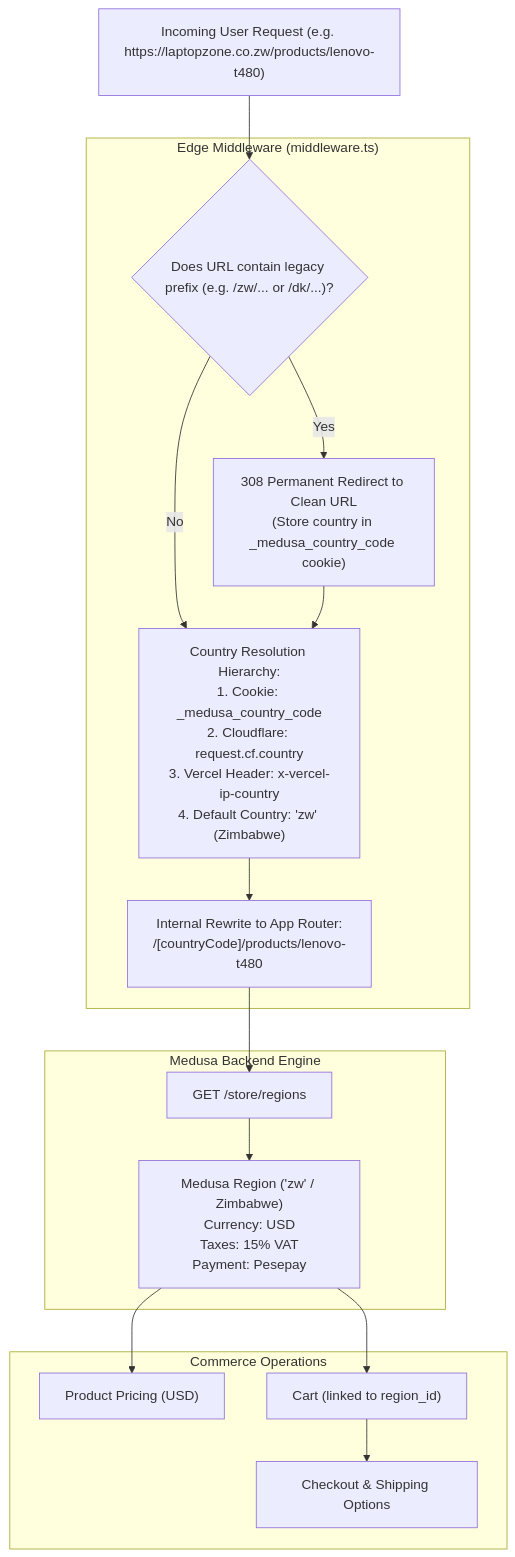
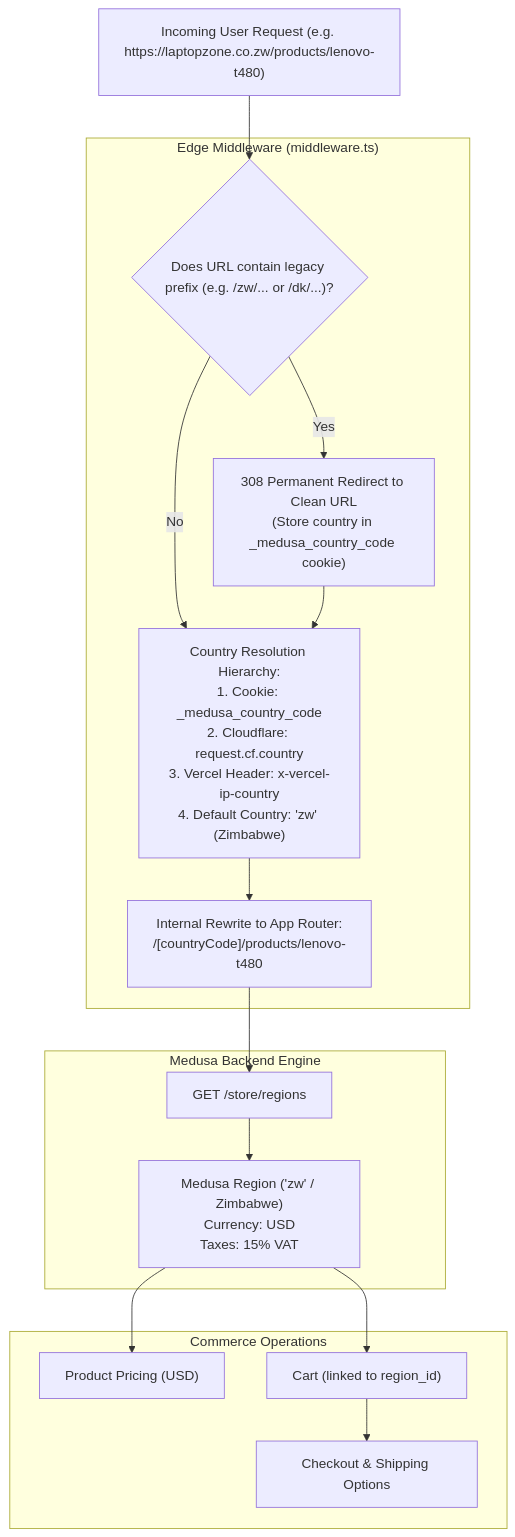
Before and after one commit to dzapengagodwin/TriSolar: the diagram in docs/location/country-and-location.md, drawn with Mermaid. The commit also changed 41 other files, not shown here.

````diff
--- a/docs/location/country-and-location.md
+++ b/docs/location/country-and-location.md
@@ -11,33 +11,33 @@
 ```mermaid
 flowchart TD
     UserRequest["Incoming User Request (e.g. https://laptopzone.co.zw/products/lenovo-t480)"]
     
     subgraph EdgeMiddleware["Edge Middleware (middleware.ts)"]
         CheckLegacyPrefix{"Does URL contain legacy prefix (e.g. /zw/... or /dk/...)?\n"}
         RedirectClean["308 Permanent Redirect to Clean URL\n(Store country in _medusa_country_code cookie)"]
         ResolveCountry["Country Resolution Hierarchy:\n1. Cookie: _medusa_country_code\n2. Cloudflare: request.cf.country\n3. Vercel Header: x-vercel-ip-country\n4. Default Country: 'zw' (Zimbabwe)"]
         InternalRewrite["Internal Rewrite to App Router:\n/[countryCode]/products/lenovo-t480"]
     end
 
     subgraph MedusaBackend["Medusa Backend Engine"]
         RegionAPI["GET /store/regions"]
-        RegionEntity["Medusa Region ('zw' / Zimbabwe)\nCurrency: USD\nTaxes: 15% VAT\nPayment: Pesepay"]
+        RegionEntity["Medusa Region ('zw' / Zimbabwe)\nCurrency: USD\nTaxes: 15% VAT"]
     end
 
     subgraph CommerceScope["Commerce Operations"]
         PricedCatalog["Product Pricing (USD)"]
         Cart["Cart (linked to region_id)"]
         CheckoutFlow["Checkout & Shipping Options"]
     end
 
     UserRequest --> CheckLegacyPrefix
     CheckLegacyPrefix -->|Yes| RedirectClean
     CheckLegacyPrefix -->|No| ResolveCountry
     RedirectClean --> ResolveCountry
     ResolveCountry --> InternalRewrite
     InternalRewrite --> RegionAPI
     RegionAPI --> RegionEntity
     RegionEntity --> PricedCatalog
     RegionEntity --> Cart
     Cart --> CheckoutFlow
 ```
````
